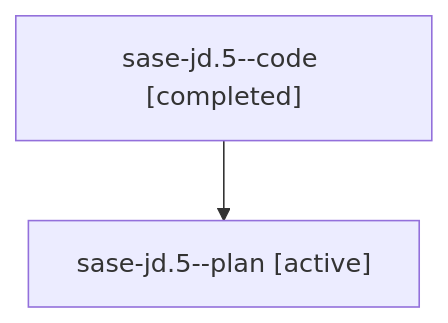
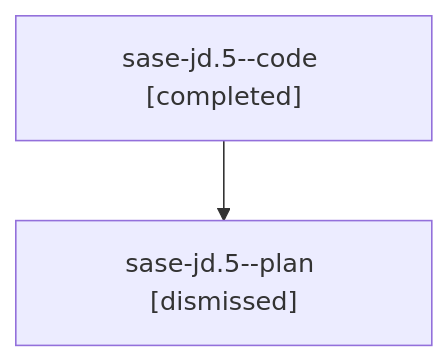
The diagram in sessions/bbugyi200.athena.sase-jd.5.md (sase-org/sase--agents), drawn with Mermaid before and after one commit. The commit also changed other lines of this file and 112 other files, not shown here.

````diff
--- a/sessions/bbugyi200.athena.sase-jd.5.md
+++ b/sessions/bbugyi200.athena.sase-jd.5.md
@@ -9,6 +9,6 @@
 ```mermaid
 flowchart TD
   n0["sase-jd.5--code [completed]"]
-  n1["sase-jd.5--plan [active]"]
+  n1["sase-jd.5--plan [dismissed]"]
   n0 --> n1
 ```
````
